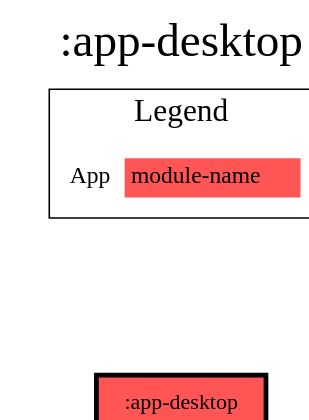
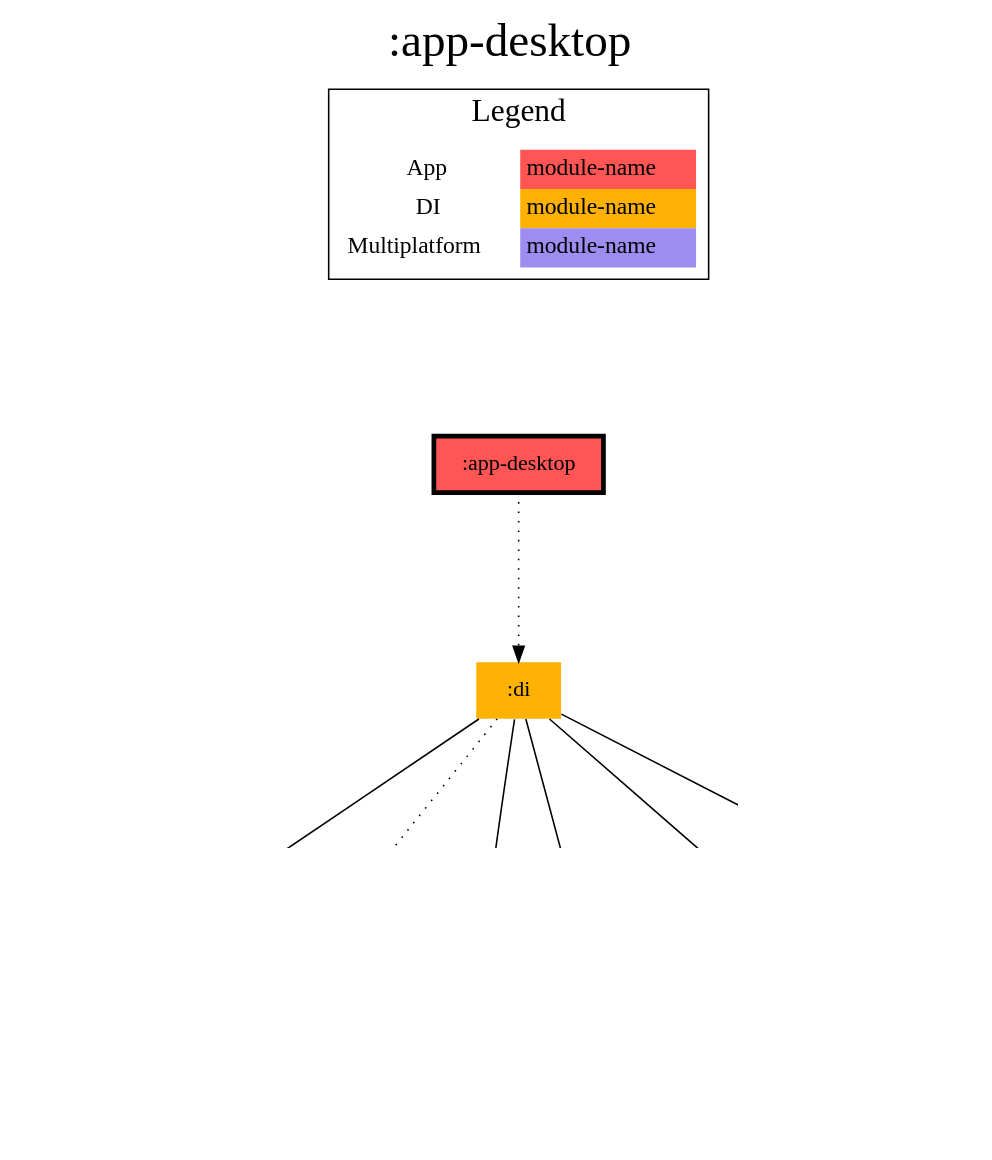
One commit to jonapoul/aktual changed the diagram in app-desktop/modules.dot. Above: the diagram before and after it, drawn with Graphviz. The commit also changed 217 other files, not shown here.

```diff
--- a/app-desktop/modules.dot
+++ b/app-desktop/modules.dot
@@ -1,20 +1,45 @@
 digraph {
 edge ["dir"="forward"]
 graph ["dpi"="100","label"=":app-desktop","labelloc"="t","fontsize"="30","ranksep"="1.5","rankdir"="TB"]
 node ["style"="filled"]
+":account:model" ["fillcolor"="#9D8DF1","shape"="none"]
+":api:builder" ["fillcolor"="#9D8DF1","shape"="none"]
+":api:github" ["fillcolor"="#9D8DF1","shape"="none"]
 ":app-desktop" ["fillcolor"="#FF5555","color"="black","penwidth"="3","shape"="box"]
+":budget:model" ["fillcolor"="#9D8DF1","shape"="none"]
+":codegen:annotation" ["fillcolor"="#9D8DF1","shape"="none"]
+":core:di" ["fillcolor"="#FCB103","shape"="none"]
+":core:model" ["fillcolor"="#9D8DF1","shape"="none"]
+":di" ["fillcolor"="#FCB103","shape"="none"]
+":logging" ["fillcolor"="#9D8DF1","shape"="none"]
+":prefs" ["fillcolor"="#9D8DF1","shape"="none"]
 {
 edge ["dir"="none"]
 graph ["rank"="same"]
 ":app-desktop"
 }
+":api:builder" -> ":core:model"
+":api:builder" -> ":logging" ["style"="dotted"]
+":api:github" -> ":codegen:annotation" ["style"="dotted"]
+":api:github" -> ":core:model"
+":app-desktop" -> ":di" ["style"="dotted"]
+":di" -> ":api:builder" ["style"="dotted"]
+":di" -> ":api:github"
+":di" -> ":budget:model"
+":di" -> ":core:di"
+":di" -> ":core:model"
+":di" -> ":prefs"
+":prefs" -> ":account:model"
+":prefs" -> ":core:model"
 subgraph "cluster_legend" {
 edge ["dir"="none"]
 graph ["label"="Legend","fontsize"="20"]
 "Legend" ["style"="filled","fillcolor"="#FFFFFF","shape"="none","margin"="0","fontsize"="15","label"=<
 <TABLE BORDER="0" CELLBORDER="0" CELLSPACING="0" CELLPADDING="4">
 <TR><TD>App</TD><TD BGCOLOR="#FF5555">module-name</TD></TR>
+<TR><TD>DI</TD><TD BGCOLOR="#FCB103">module-name</TD></TR>
+<TR><TD>Multiplatform</TD><TD BGCOLOR="#9D8DF1">module-name</TD></TR>
 </TABLE>
 >]
 } -> ":app-desktop" ["style"="invis"]
 }
```
